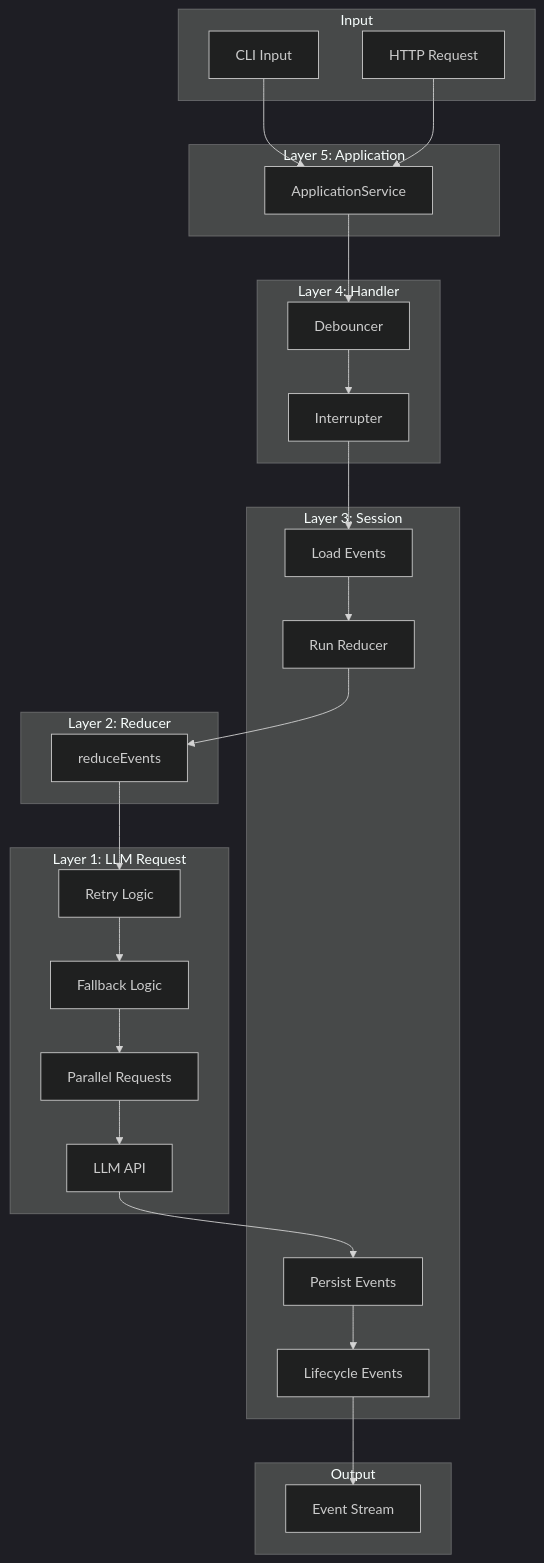
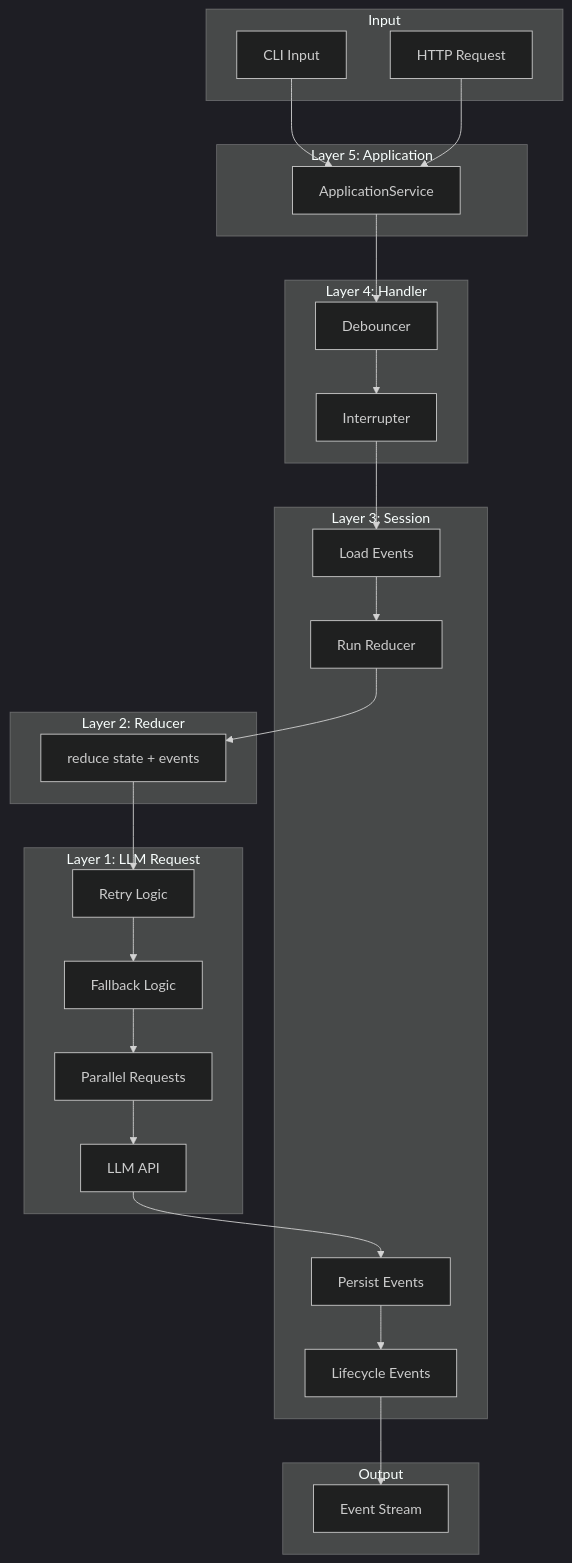
The first of 2 diagrams in docs/10-architecture-overview.md (iterate/mini-agent), drawn with Mermaid (dark theme) before and after one commit. The commit also changed other lines of this file and 9 other files, not shown here.

````diff
--- a/docs/10-architecture-overview.md
+++ b/docs/10-architecture-overview.md
@@ -202,53 +202,53 @@
 ```mermaid
 flowchart TB
     subgraph "Input"
         CLI[CLI Input]
         HTTP[HTTP Request]
     end
 
     subgraph "Layer 5: Application"
         APP[ApplicationService]
     end
 
     subgraph "Layer 4: Handler"
         DEB[Debouncer]
         INT[Interrupter]
     end
 
     subgraph "Layer 3: Session"
         LOAD[Load Events]
         RED[Run Reducer]
         PERS[Persist Events]
         LIFE[Lifecycle Events]
     end
 
     subgraph "Layer 2: Reducer"
-        REDUCE[reduceEvents]
+        REDUCE[reduce state + events]
     end
 
     subgraph "Layer 1: LLM Request"
         RETRY[Retry Logic]
         FALL[Fallback Logic]
         PAR[Parallel Requests]
         LLM[LLM API]
     end
 
     subgraph "Output"
         STREAM[Event Stream]
     end
 
     CLI --> APP
     HTTP --> APP
     APP --> DEB
     DEB --> INT
     INT --> LOAD
     LOAD --> RED
     RED --> REDUCE
     REDUCE --> RETRY
     RETRY --> FALL
     FALL --> PAR
     PAR --> LLM
     LLM --> PERS
     PERS --> LIFE
     LIFE --> STREAM
 ```
````
